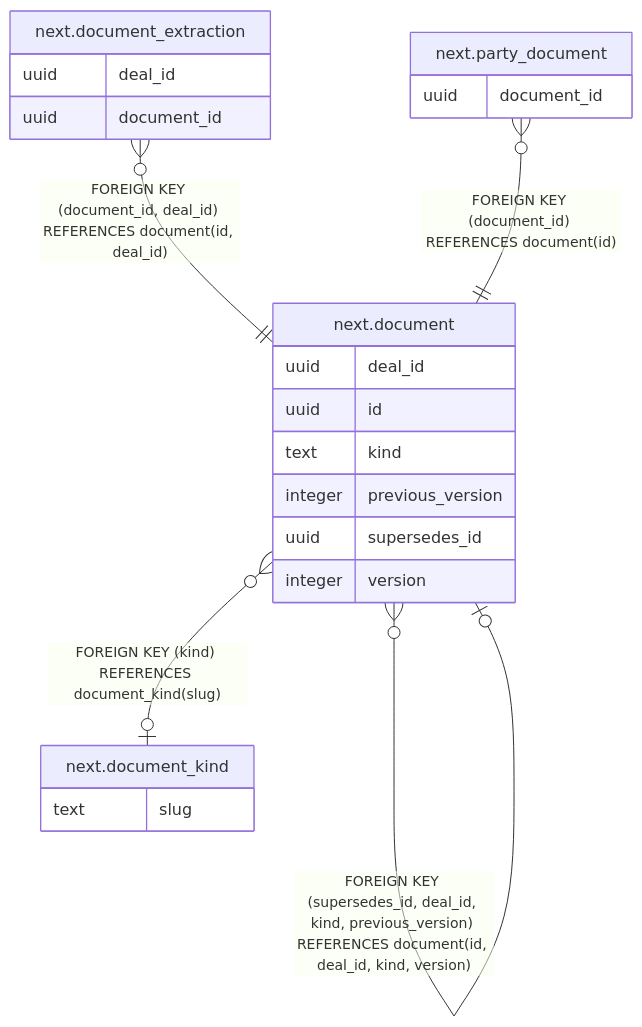
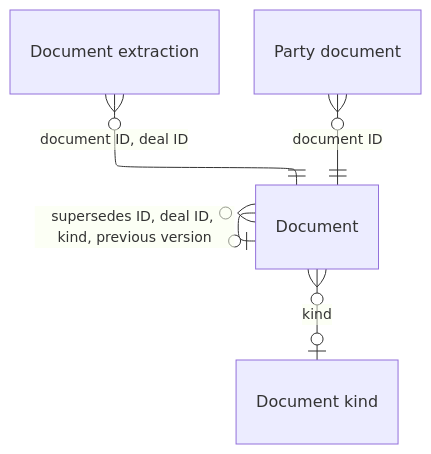
One commit to DoctorCRE/doctorcre-engine changed the diagram in docs/database/tables/viewpoint-documents.md. Above: the diagram before and after it, drawn with Mermaid. The commit also changed other lines of this file and 29 other files, not shown here.

````diff
--- a/docs/database/tables/viewpoint-documents.md
+++ b/docs/database/tables/viewpoint-documents.md
@@ -18,27 +3,18 @@
 ```mermaid
+---
+config:
+  layout: elk
+  er:
+    nodeSpacing: 22
+    rankSpacing: 44
+---
 erDiagram
-
-"next.document" }o--o| "next.document" : "FOREIGN KEY (supersedes_id, deal_id, kind, previous_version) REFERENCES document(id, deal_id, kind, version)"
-"next.document" }o--o| "next.document_kind" : "FOREIGN KEY (kind) REFERENCES document_kind(slug)"
-"next.document_extraction" }o--|| "next.document" : "FOREIGN KEY (document_id, deal_id) REFERENCES document(id, deal_id)"
-"next.party_document" }o--|| "next.document" : "FOREIGN KEY (document_id) REFERENCES document(id)"
-
-"next.document" {
-  uuid deal_id
-  uuid id
-  text kind
-  integer previous_version
-  uuid supersedes_id
-  integer version
-}
-"next.document_extraction" {
-  uuid deal_id
-  uuid document_id
-}
-"next.document_kind" {
-  text slug
-}
-"next.party_document" {
-  uuid document_id
-}
+  "Document"
+  "Document extraction"
+  "Document kind"
+  "Party document"
+  "Document" }o--o| "Document" : "supersedes ID, deal ID, kind, previous version"
+  "Document" }o--o| "Document kind" : "kind"
+  "Document extraction" }o--|| "Document" : "document ID, deal ID"
+  "Party document" }o--|| "Document" : "document ID"
 ```
````
